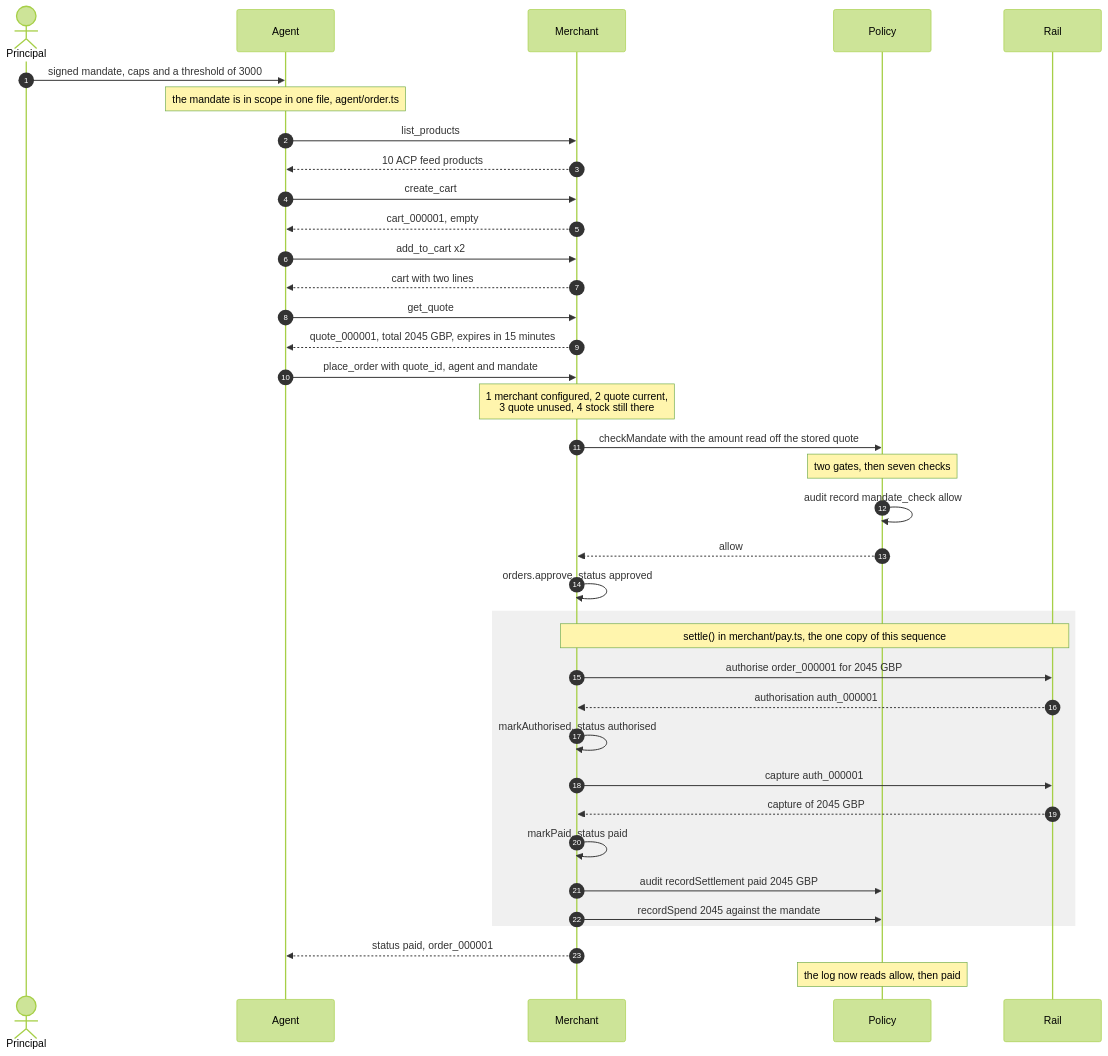
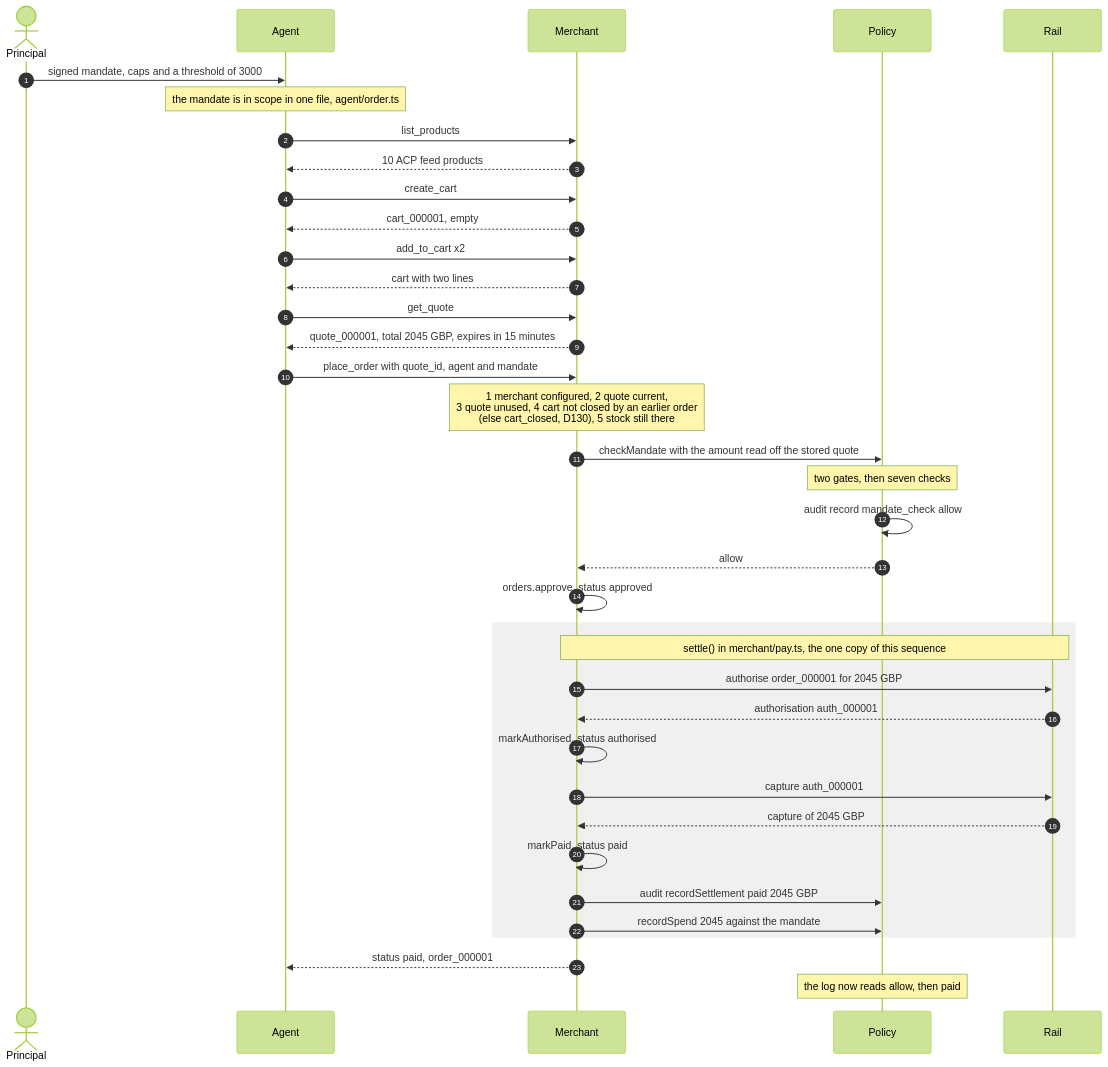
The first of 2 diagrams in docs/SEQUENCE.md (Andrea10/agentic-checkout-reference), drawn with Mermaid (forest theme) before and after one commit. The commit also changed other lines of this file and 3 other files, not shown here.

First line of the commit message:
chore: three-runs docs (PRD, SEQUENCE), T14b row, T14 dependencies (#39)

````diff
--- a/docs/SEQUENCE.md
+++ b/docs/SEQUENCE.md
@@ -29,46 +29,46 @@
 ```mermaid
 sequenceDiagram
     autonumber
     actor Principal
     participant Agent
     participant Merchant
     participant Policy
     participant Rail
 
     Principal->>Agent: signed mandate, caps and a threshold of 3000
     Note over Agent: the mandate is in scope in one file, agent/order.ts
 
     Agent->>Merchant: list_products
     Merchant-->>Agent: 10 ACP feed products
     Agent->>Merchant: create_cart
     Merchant-->>Agent: cart_000001, empty
     Agent->>Merchant: add_to_cart x2
     Merchant-->>Agent: cart with two lines
     Agent->>Merchant: get_quote
     Merchant-->>Agent: quote_000001, total 2045 GBP, expires in 15 minutes
 
     Agent->>Merchant: place_order with quote_id, agent and mandate
 
-    Note over Merchant: 1 merchant configured, 2 quote current,<br/>3 quote unused, 4 stock still there
+    Note over Merchant: 1 merchant configured, 2 quote current,<br/>3 quote unused, 4 cart not closed by an earlier order<br/>(else cart_closed, D130), 5 stock still there
     Merchant->>Policy: checkMandate with the amount read off the stored quote
     Note over Policy: two gates, then seven checks
     Policy->>Policy: audit record mandate_check allow
     Policy-->>Merchant: allow
 
     Merchant->>Merchant: orders.approve, status approved
 
     rect rgb(240, 240, 240)
         Note over Merchant,Rail: settle() in merchant/pay.ts, the one copy of this sequence
         Merchant->>Rail: authorise order_000001 for 2045 GBP
         Rail-->>Merchant: authorisation auth_000001
         Merchant->>Merchant: markAuthorised, status authorised
         Merchant->>Rail: capture auth_000001
         Rail-->>Merchant: capture of 2045 GBP
         Merchant->>Merchant: markPaid, status paid
         Merchant->>Policy: audit recordSettlement paid 2045 GBP
         Merchant->>Policy: recordSpend 2045 against the mandate
     end
 
     Merchant-->>Agent: status paid, order_000001
     Note over Policy: the log now reads allow, then paid
 ```
````
